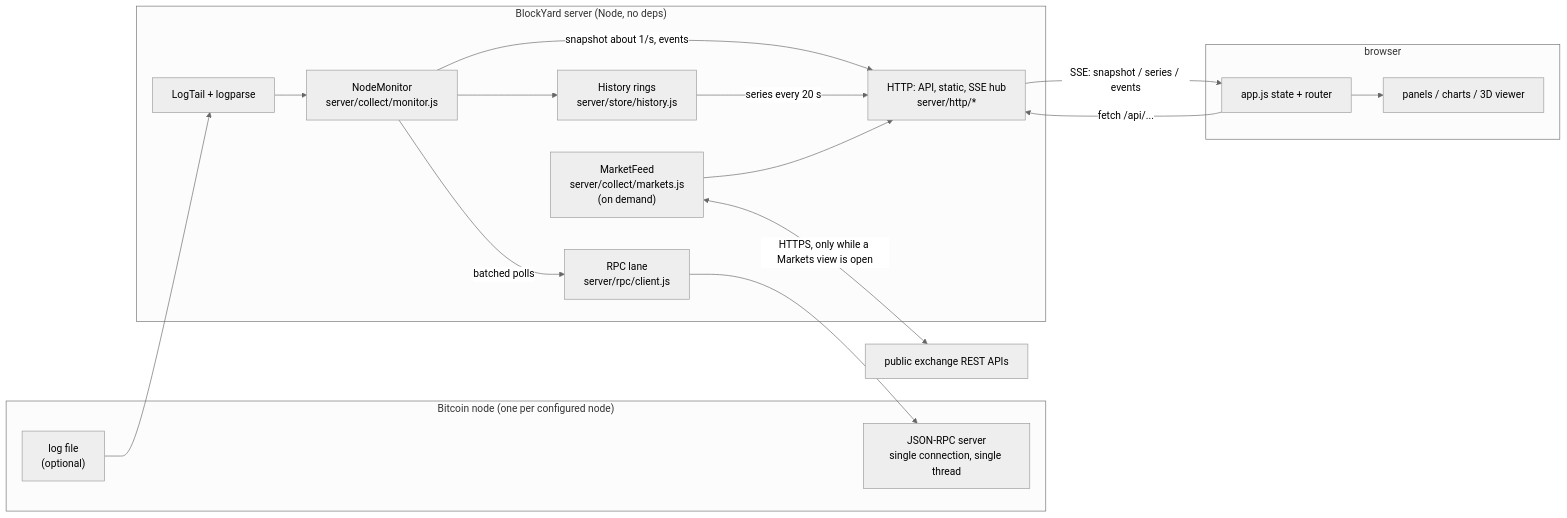
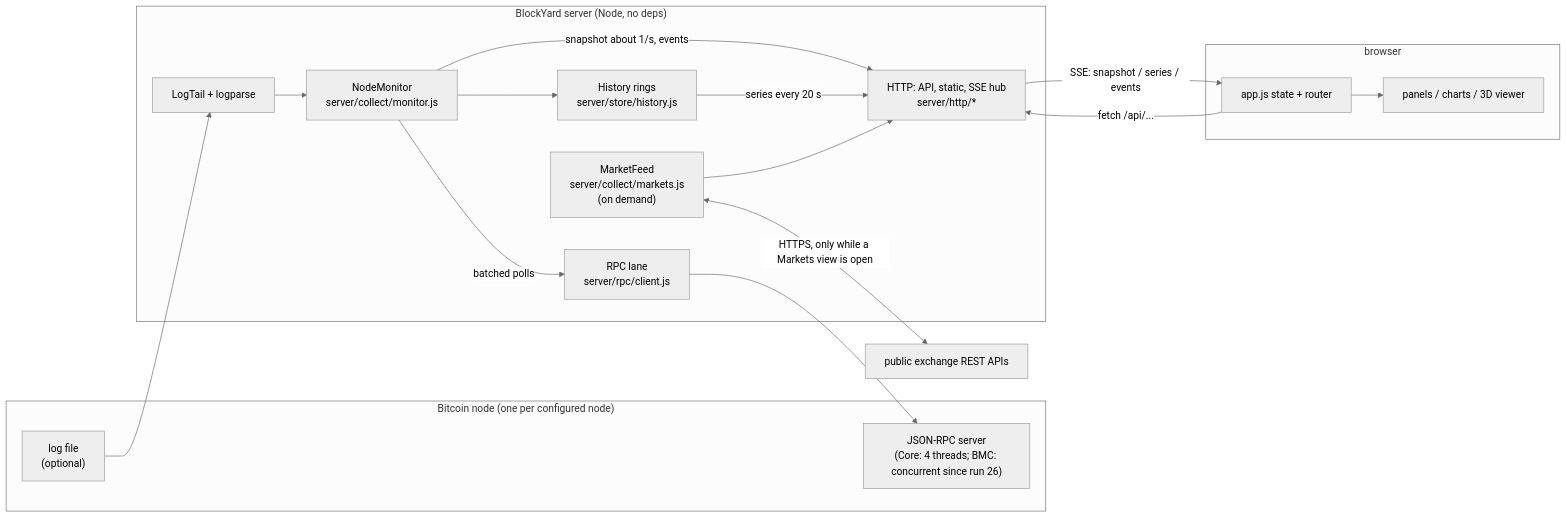
Before and after one commit to BobClawblaw/blockyard: the first of 7 diagrams in docs/ARCHITECTURE.md, drawn with Mermaid (neutral theme). The commit also changed other lines of this file and 12 other files, not shown here.

````diff
--- a/docs/ARCHITECTURE.md
+++ b/docs/ARCHITECTURE.md
@@ -32,34 +32,34 @@
 ```mermaid
 flowchart LR
   subgraph node["Bitcoin node (one per configured node)"]
-    RPC["JSON-RPC server<br/>single connection, single thread"]
+    RPC["JSON-RPC server<br/>(Core: 4 threads; BMC: concurrent since run 26)"]
     LOG["log file<br/>(optional)"]
   end
 
   subgraph server["BlockYard server (Node, no deps)"]
     LANE["RPC lane<br/>server/rpc/client.js"]
     MON["NodeMonitor<br/>server/collect/monitor.js"]
     TAIL["LogTail + logparse"]
     HIST["History rings<br/>server/store/history.js"]
     MKT["MarketFeed<br/>server/collect/markets.js<br/>(on demand)"]
     HTTP["HTTP: API, static, SSE hub<br/>server/http/*"]
   end
 
   subgraph browser["browser"]
     APP["app.js state + router"]
     PANELS["panels / charts / 3D viewer"]
   end
 
   EX["public exchange REST APIs"]
 
   MON -->|"batched polls"| LANE --> RPC
   LOG --> TAIL --> MON
   MON --> HIST
   MON -->|"snapshot about 1/s, events"| HTTP
   HIST -->|"series every 20 s"| HTTP
   MKT <-->|"HTTPS, only while a Markets view is open"| EX
   MKT --> HTTP
   HTTP -->|"SSE: snapshot / series / events"| APP
   APP -->|"fetch /api/..."| HTTP
   APP --> PANELS
 ```
````
